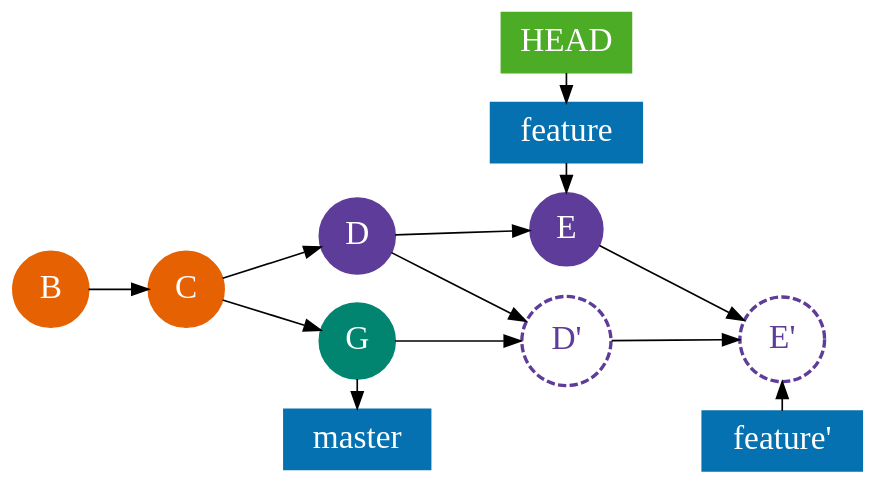
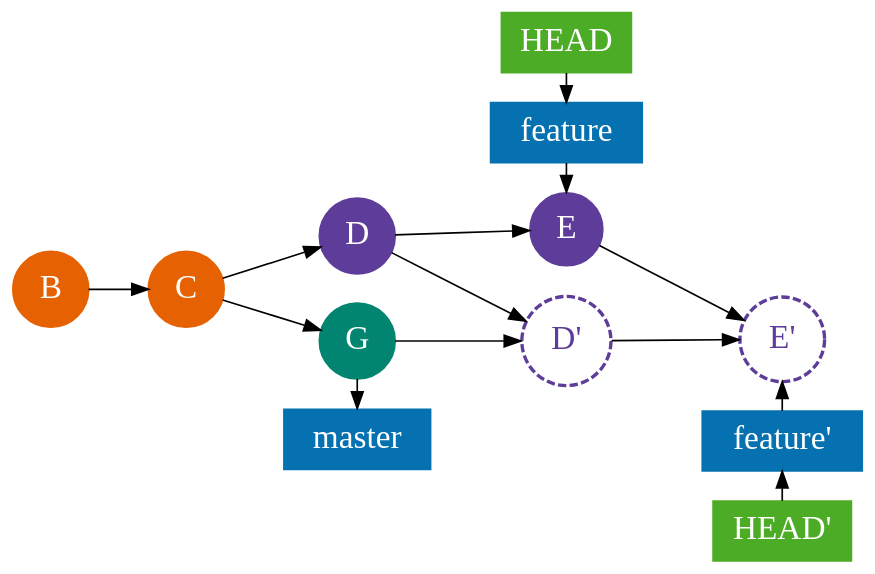
One commit to nirname/git-report changed the seventh of 19 diagrams in docs/index.md. Above: the diagram before and after it, drawn with Graphviz. The commit also changed other lines of this file and 6 other files, not shown here.

````diff
--- a/docs/index.md
+++ b/docs/index.md
@@ -313,69 +421,69 @@
 ```graphviz
 digraph {
   graph[splines=false fontname="Arial" bgcolor="transparent" rankdir=LR]
   node [style="filled" fontcolor="white" fontsize=20]
 
   subgraph nodes {
     node [shape="circle"]
     {
       node [color="#e66101" fillcolor="#e66101"]
       B C
     }
     {
       node [color="#5e3c99" fillcolor="#5e3c99"]
       D E
     }
     {
       node [color="#5e3c99" penwidth=2 fontcolor="#5e3c99" fillcolor="#5e3c99" style=dashed]
       "D'" "E'"
     }
     {
       node [color="#018571" fillcolor="#018571"]
       G
     }
     {
       node [color="#e66101" fillcolor="#e66101"]
     }
     F [style="invisible"]
   }
 
   subgraph labels {
     node [shape="rect"]
     {
       node[color="#4dac26" fillcolor="#4dac26"]
-      HEAD
+      HEAD "HEAD'"
     }
 
     {
       node[color="#0571b0" fillcolor="#0571b0"]
       master feature "feature'"
     }
   }
 
   { B -> C }
   { C -> D -> E }
   { E -> F [style=invis] }
   { C -> G -> "D'" -> "E'" }
 
   {
     rank = same
     D -> G [style=invis]
     G -> master
   }
 
   {
     rank = same
     HEAD -> feature -> E
     E -> "D'" [style=invis]
   }
 
   {
     rank = same
-    F "E'" -> "feature'"[dir="back"]
+    F "E'" -> "feature'" -> "HEAD'"[dir="back"]
   }
 
   D -> "D'"
   E -> "E'"
 
 }
 ```
````
